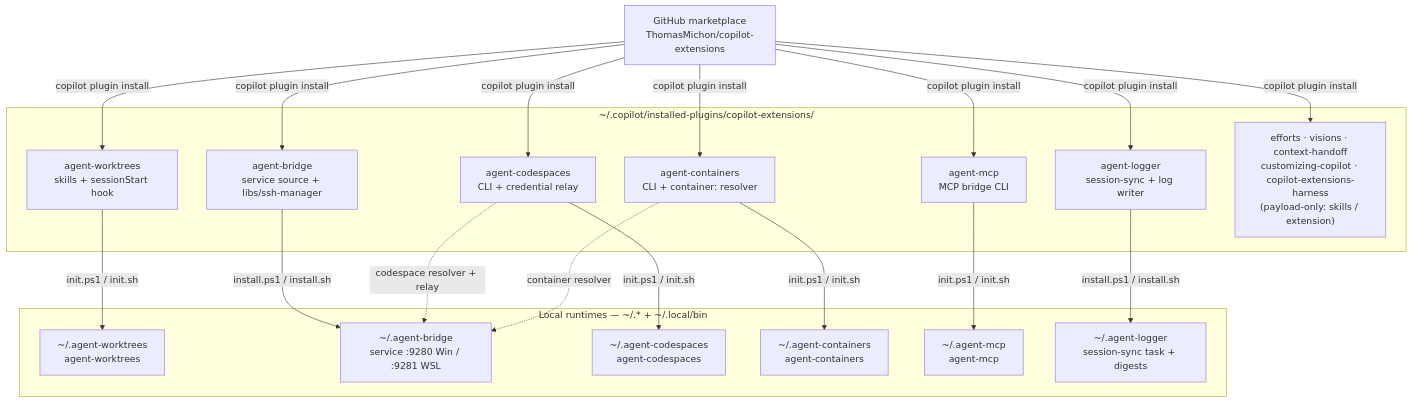
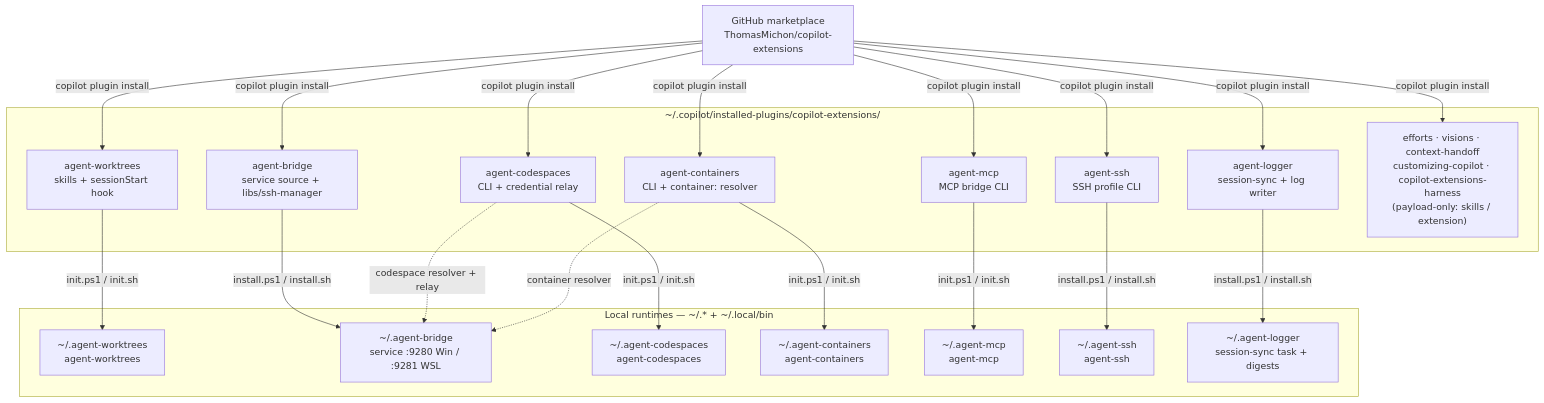
The first of 3 diagrams in README.md (ThomasMichon/copilot-extensions), drawn with Mermaid before and after one commit. The commit also changed other lines of this file and 25 other files, not shown here.

First line of the commit message:
Add agent-ssh runtime plugin

````diff
--- a/README.md
+++ b/README.md
@@ -44,36 +45,40 @@
 ```mermaid
 flowchart TB
     MP["GitHub marketplace<br/>ThomasMichon/copilot-extensions"]
     subgraph IP["~/.copilot/installed-plugins/copilot-extensions/"]
       AW["agent-worktrees<br/>skills + sessionStart hook"]
       AB["agent-bridge<br/>service source + libs/ssh-manager"]
       AC["agent-codespaces<br/>CLI + credential relay"]
       AN["agent-containers<br/>CLI + container: resolver"]
       AM["agent-mcp<br/>MCP bridge CLI"]
+      AS["agent-ssh<br/>SSH profile CLI"]
       AL["agent-logger<br/>session-sync + log writer"]
       PO["efforts · visions · context-handoff<br/>customizing-copilot · copilot-extensions-harness<br/>(payload-only: skills / extension)"]
     end
     subgraph RT["Local runtimes — ~/.* + ~/.local/bin"]
       RW["~/.agent-worktrees<br/>agent-worktrees"]
       RB["~/.agent-bridge<br/>service :9280 Win / :9281 WSL"]
       RC["~/.agent-codespaces<br/>agent-codespaces"]
       RN["~/.agent-containers<br/>agent-containers"]
       RM["~/.agent-mcp<br/>agent-mcp"]
+      RS["~/.agent-ssh<br/>agent-ssh"]
       RL["~/.agent-logger<br/>session-sync task + digests"]
     end
     MP -->|copilot plugin install| AW
     MP -->|copilot plugin install| AB
     MP -->|copilot plugin install| AC
     MP -->|copilot plugin install| AN
     MP -->|copilot plugin install| AM
+    MP -->|copilot plugin install| AS
     MP -->|copilot plugin install| AL
     MP -->|copilot plugin install| PO
     AW -->|init.ps1 / init.sh| RW
     AB -->|install.ps1 / install.sh| RB
     AC -->|init.ps1 / init.sh| RC
     AN -->|init.ps1 / init.sh| RN
     AM -->|init.ps1 / init.sh| RM
+    AS -->|install.ps1 / install.sh| RS
     AL -->|install.ps1 / install.sh| RL
     AC -.->|codespace resolver + relay| RB
     AN -.->|container resolver| RB
 ```
````
